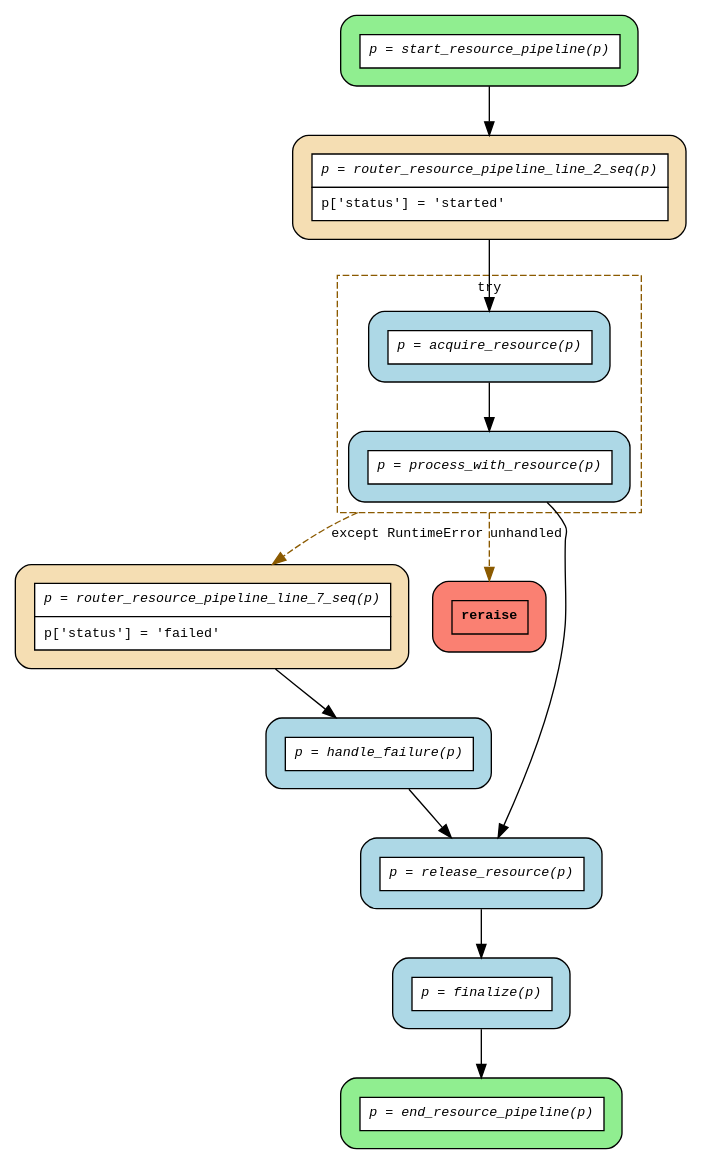
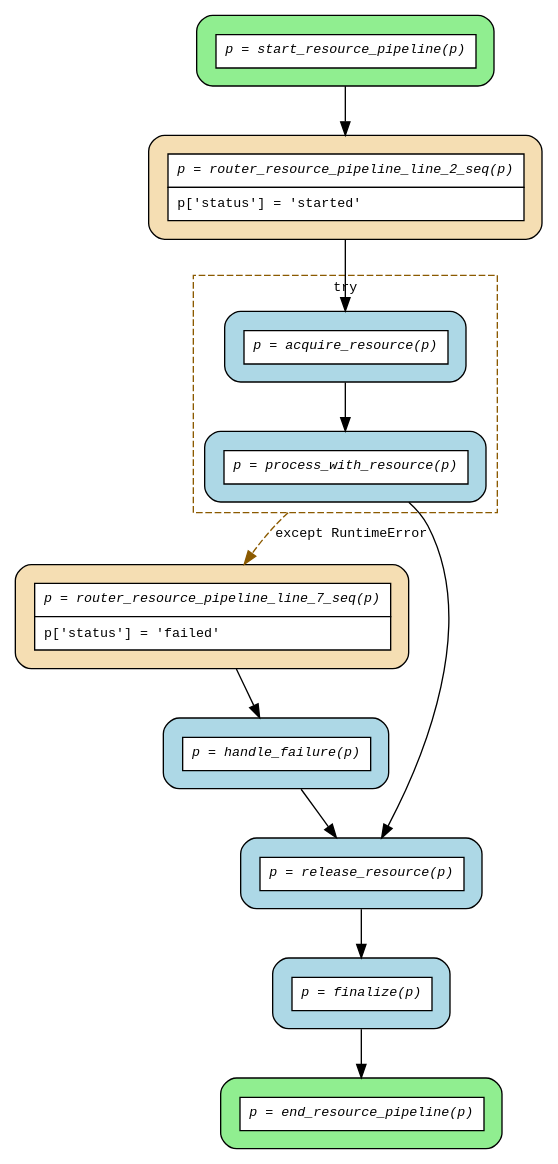
The diagram in examples/flows/compiled/try_except_finally/flow.dot (deliveryhero/asya), drawn with Graphviz before and after one commit. The commit also changed 10 other files, not shown here.

First line of the commit message:
feat(flow): remove reraise from DOT, add retry loop example

```diff
--- a/examples/flows/compiled/try_except_finally/flow.dot
+++ b/examples/flows/compiled/try_except_finally/flow.dot
@@ -1,36 +1,34 @@
 digraph flow {
   rankdir=TB;
   compound=true;
   graph [fontname="Courier", fontsize=10];
   node [fontname="Courier", fontsize=10, shape=box, style="filled,rounded", margin="0.2"];
   edge [fontname="Courier", fontsize=10];
 
   start_resource_pipeline [fillcolor="lightgreen", label=<<table border="0" cellspacing="0" cellpadding="6" cellborder="1"><tr><td bgcolor="white" align="center"><i>p = start_resource_pipeline(p)</i></td></tr></table>>];
   router_resource_pipeline_line_7_seq [fillcolor="wheat", label=<<table border="0" cellspacing="0" cellpadding="6" cellborder="1"><tr><td bgcolor="white" align="center"><i>p = router_resource_pipeline_line_7_seq(p)</i></td></tr><tr><td bgcolor="white" align="left">p['status'] = 'failed'</td></tr></table>>];
-  router_resource_pipeline_line_3_reraise_0 [fillcolor="salmon", label=<<table border="0" cellspacing="0" cellpadding="6" cellborder="1"><tr><td bgcolor="salmon"><b>reraise</b></td></tr></table>>];
   router_resource_pipeline_line_2_seq [fillcolor="wheat", label=<<table border="0" cellspacing="0" cellpadding="6" cellborder="1"><tr><td bgcolor="white" align="center"><i>p = router_resource_pipeline_line_2_seq(p)</i></td></tr><tr><td bgcolor="white" align="left">p['status'] = 'started'</td></tr></table>>];
   end_resource_pipeline [fillcolor="lightgreen", label=<<table border="0" cellspacing="0" cellpadding="6" cellborder="1"><tr><td bgcolor="white" align="center"><i>p = end_resource_pipeline(p)</i></td></tr></table>>];
   finalize [fillcolor="lightblue", label=<<table border="0" cellspacing="0" cellpadding="6" cellborder="1"><tr><td bgcolor="white" align="center"><i>p = finalize(p)</i></td></tr></table>>];
   handle_failure [fillcolor="lightblue", label=<<table border="0" cellspacing="0" cellpadding="6" cellborder="1"><tr><td bgcolor="white" align="center"><i>p = handle_failure(p)</i></td></tr></table>>];
   release_resource [fillcolor="lightblue", label=<<table border="0" cellspacing="0" cellpadding="6" cellborder="1"><tr><td bgcolor="white" align="center"><i>p = release_resource(p)</i></td></tr></table>>];
   subgraph cluster_try_0 {
     style=dashed;
     color="orange4";
     fontname="Courier";
     fontsize=10;
     label="try";
     acquire_resource [fillcolor="lightblue", label=<<table border="0" cellspacing="0" cellpadding="6" cellborder="1"><tr><td bgcolor="white" align="center"><i>p = acquire_resource(p)</i></td></tr></table>>];
     process_with_resource [fillcolor="lightblue", label=<<table border="0" cellspacing="0" cellpadding="6" cellborder="1"><tr><td bgcolor="white" align="center"><i>p = process_with_resource(p)</i></td></tr></table>>];
   }
 
   acquire_resource -> process_with_resource;
   finalize -> end_resource_pipeline;
   handle_failure -> release_resource;
   process_with_resource -> release_resource;
-  process_with_resource -> router_resource_pipeline_line_3_reraise_0 [ltail=cluster_try_0, color=orange4, style=dashed, label="unhandled"];
   process_with_resource -> router_resource_pipeline_line_7_seq [ltail=cluster_try_0, color=orange4, style=dashed, label="except RuntimeError"];
   release_resource -> finalize;
   router_resource_pipeline_line_2_seq -> acquire_resource;
   router_resource_pipeline_line_7_seq -> handle_failure;
   start_resource_pipeline -> router_resource_pipeline_line_2_seq;
 }
```
